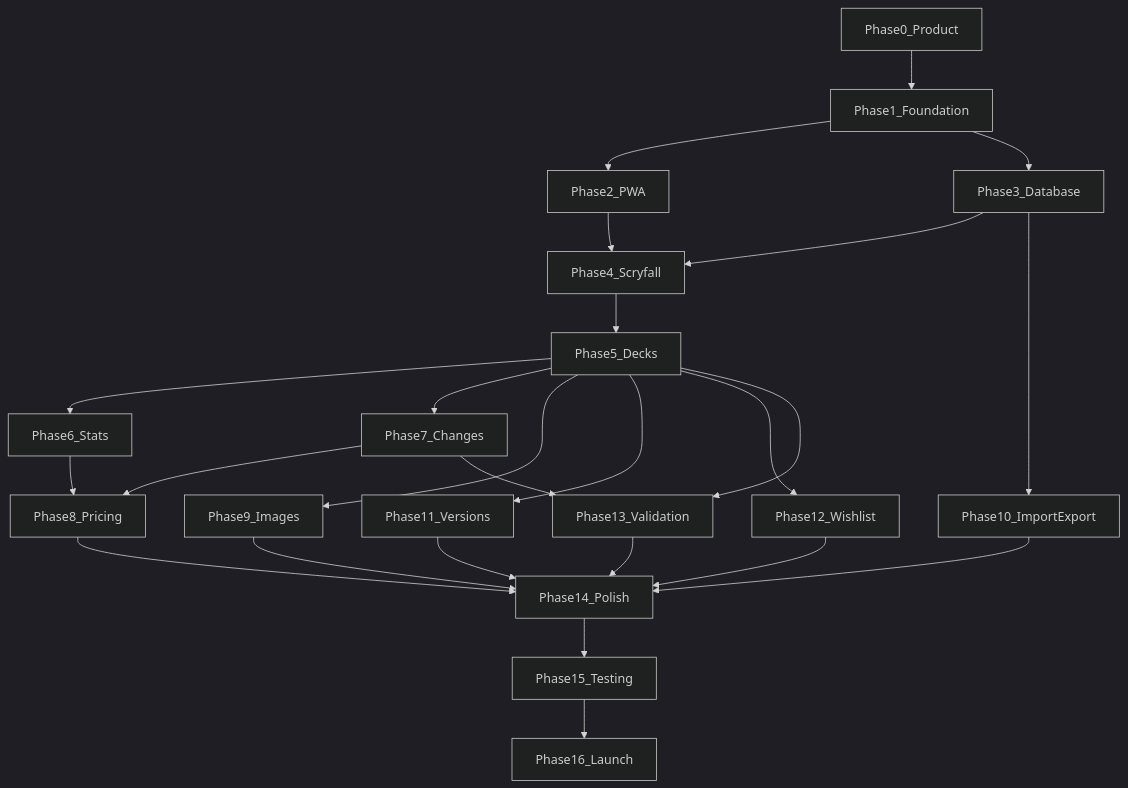
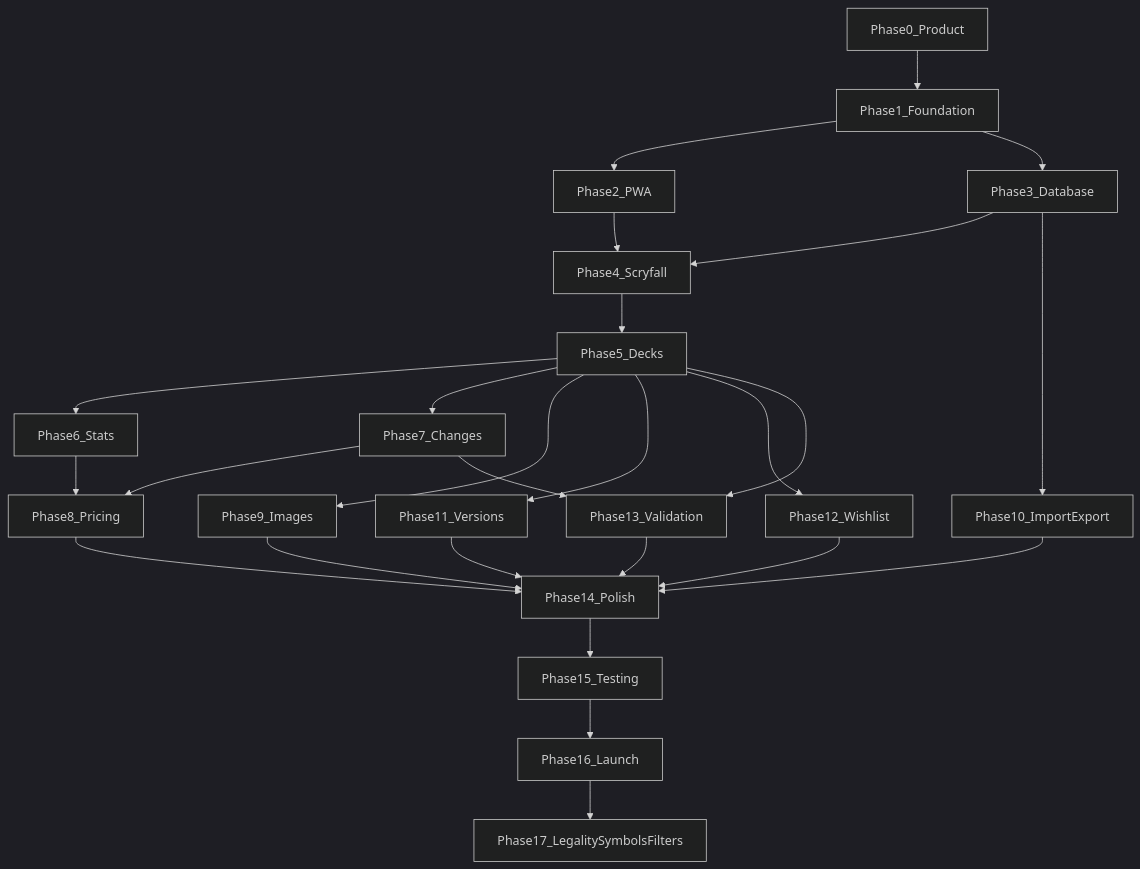
The diagram in build-plan/README.md (zeMenno/mtg-deck-manager), drawn with Mermaid (dark theme) before and after one commit. The commit also changed other lines of this file and 405 other files, not shown here.

````diff
--- a/build-plan/README.md
+++ b/build-plan/README.md
@@ -51,27 +54,28 @@
 ```mermaid
 flowchart TD
   P0[Phase0_Product] --> P1[Phase1_Foundation]
   P1 --> P2[Phase2_PWA]
   P1 --> P3[Phase3_Database]
   P2 --> P4[Phase4_Scryfall]
   P3 --> P4
   P4 --> P5[Phase5_Decks]
   P5 --> P6[Phase6_Stats]
   P5 --> P7[Phase7_Changes]
   P6 --> P8[Phase8_Pricing]
   P7 --> P8
   P5 --> P9[Phase9_Images]
   P3 --> P10[Phase10_ImportExport]
   P5 --> P11[Phase11_Versions]
   P5 --> P12[Phase12_Wishlist]
   P5 --> P13[Phase13_Validation]
   P7 --> P13
   P8 --> P14[Phase14_Polish]
   P9 --> P14
   P10 --> P14
   P11 --> P14
   P12 --> P14
   P13 --> P14
   P14 --> P15[Phase15_Testing]
   P15 --> P16[Phase16_Launch]
+  P16 --> P17[Phase17_LegalitySymbolsFilters]
 ```
````
